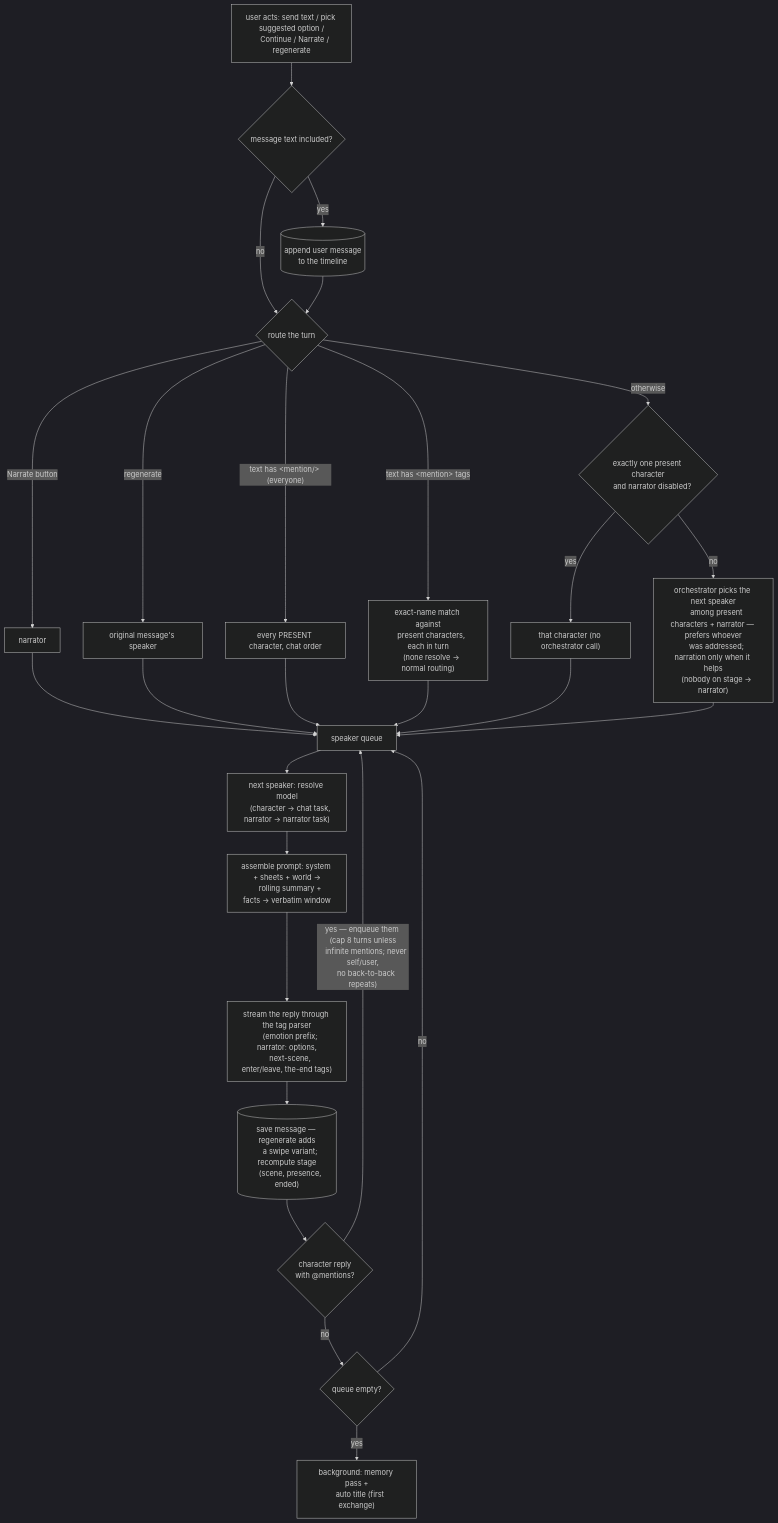
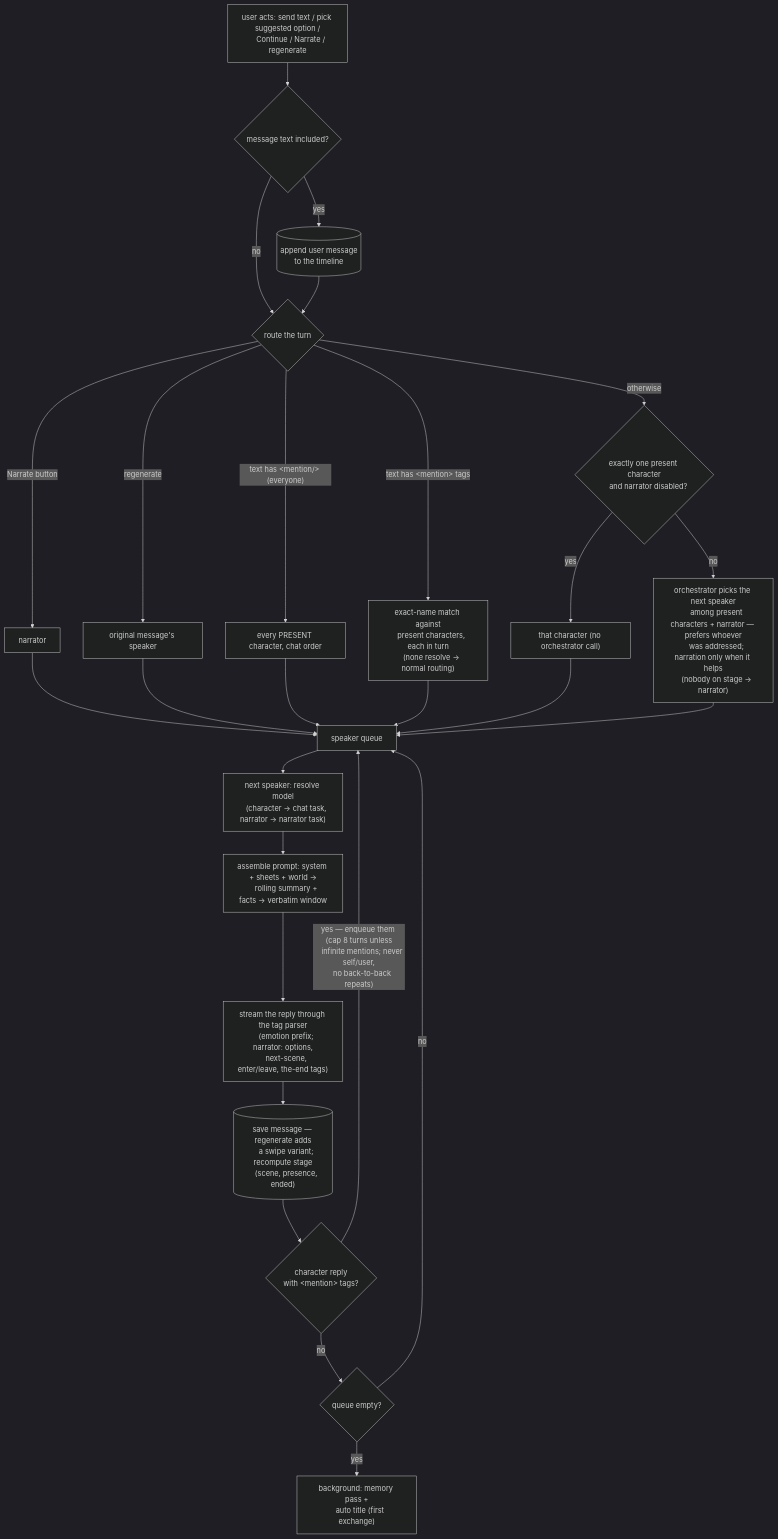
One commit to seancheung/animachat changed the diagram in SPEC.md. Above: the diagram before and after it, drawn with Mermaid (dark theme). The commit also changed other lines of this file and 3 other files, not shown here.

First line of the commit message:
feat: characters hand turns with <mention> tags — LLM mention resolver removed

````diff
--- a/SPEC.md
+++ b/SPEC.md
@@ -117,50 +117,50 @@
 ```mermaid
 flowchart TD
     U["user acts: send text / pick suggested option /
     Continue / Narrate / regenerate"] --> HasText{"message text included?"}
     HasText -- yes --> Save[("append user message
     to the timeline")]
     HasText -- no --> Route
     Save --> Route{"route the turn"}
 
     Route -- "Narrate button" --> Narr["narrator"]
     Route -- regenerate --> Regen["original message's speaker"]
     Route -- "text has &lt;mention/&gt; (everyone)" --> All["every PRESENT character, chat order"]
     Route -- "text has &lt;mention&gt; tags" --> Ment["exact-name match against
     present characters, each in turn
     (none resolve → normal routing)"]
     Route -- otherwise --> Single{"exactly one present character
     and narrator disabled?"}
     Single -- yes --> That["that character (no orchestrator call)"]
     Single -- no --> Orch["orchestrator picks the next speaker
     among present characters + narrator — prefers whoever
     was addressed; narration only when it helps
     (nobody on stage → narrator)"]
 
     Narr --> Q["speaker queue"]
     Regen --> Q
     All --> Q
     Ment --> Q
     That --> Q
     Orch --> Q
 
     Q --> Turn["next speaker: resolve model
     (character → chat task, narrator → narrator task)"]
     Turn --> Prompt["assemble prompt: system + sheets + world →
     rolling summary + facts → verbatim window"]
     Prompt --> Stream["stream the reply through the tag parser
     (emotion prefix; narrator: options,
     next-scene, enter/leave, the-end tags)"]
     Stream --> Persist[("save message — regenerate adds
     a swipe variant; recompute stage
     (scene, presence, ended)")]
     Persist --> Chain{"character reply
-    with @mentions?"}
+    with &lt;mention&gt; tags?"}
     Chain -- "yes — enqueue them (cap 8 turns unless
     infinite mentions; never self/user,
     no back-to-back repeats)" --> Q
     Chain -- no --> More{"queue empty?"}
     More -- no --> Q
     More -- yes --> Bg["background: memory pass +
     auto title (first exchange)"]
 ```
````
